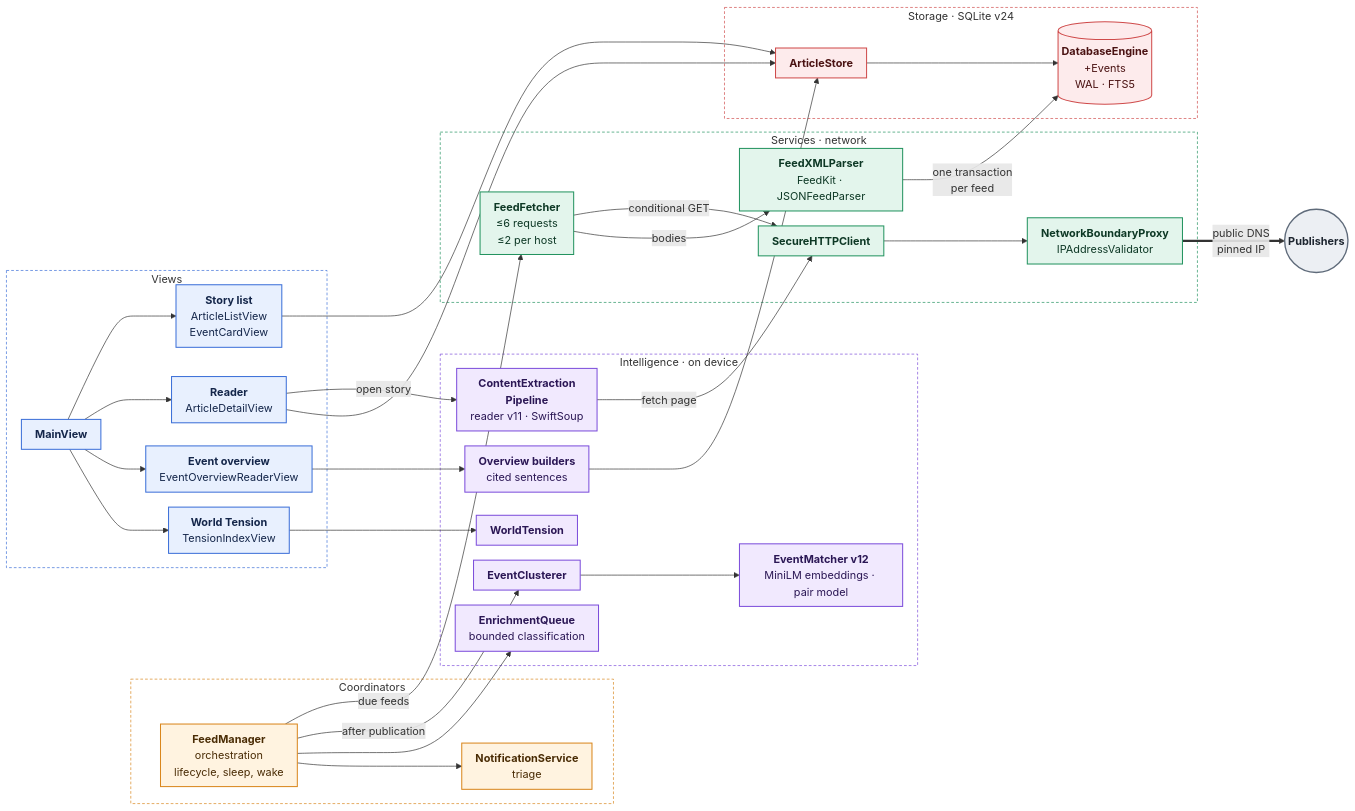
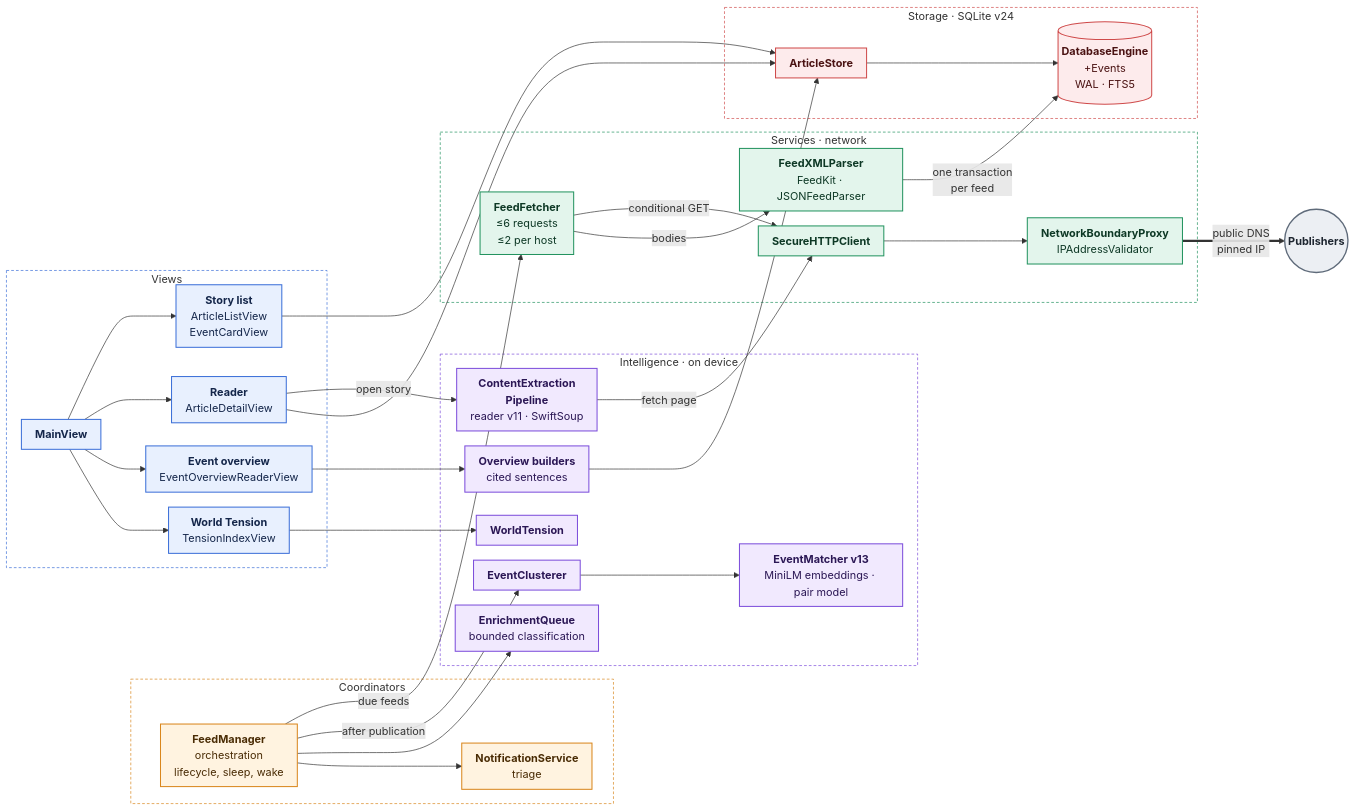
Before and after one commit to marspater/NewsApp-macOS: the first of 3 diagrams in docs/ARCHITECTURE.md, drawn with Mermaid. The commit also changed other lines of this file and 6 other files, not shown here.

````diff
--- a/docs/ARCHITECTURE.md
+++ b/docs/ARCHITECTURE.md
@@ -22,75 +22,75 @@
 ```mermaid
 %%{init: {"flowchart": {"curve": "basis", "nodeSpacing": 22, "rankSpacing": 44, "padding": 10}}}%%
 flowchart LR
     subgraph Coord["Coordinators"]
         FM["<b>FeedManager</b><br/>orchestration<br/>lifecycle, sleep, wake"]
         NS["<b>NotificationService</b><br/>triage"]
     end
 
     subgraph UI["Views"]
         Main["<b>MainView</b>"]
         List["<b>Story list</b><br/>ArticleListView<br/>EventCardView"]
         Reader["<b>Reader</b><br/>ArticleDetailView"]
         Overview["<b>Event overview</b><br/>EventOverviewReaderView"]
         Tension["<b>World Tension</b><br/>TensionIndexView"]
     end
 
     subgraph Intel["Intelligence · on device"]
         EQ["<b>EnrichmentQueue</b><br/>bounded classification"]
         EC["<b>EventClusterer</b>"]
-        EM["<b>EventMatcher v12</b><br/>MiniLM embeddings · pair model"]
+        EM["<b>EventMatcher v13</b><br/>MiniLM embeddings · pair model"]
         CEP["<b>ContentExtraction<br/>Pipeline</b><br/>reader v11 · SwiftSoup"]
         OV["<b>Overview builders</b><br/>cited sentences"]
         WT["<b>WorldTension</b>"]
     end
 
     subgraph Svc["Services · network"]
         FF["<b>FeedFetcher</b><br/>≤6 requests<br/>≤2 per host"]
         Parse["<b>FeedXMLParser</b><br/>FeedKit · JSONFeedParser"]
         HTTP["<b>SecureHTTPClient</b>"]
         GW["<b>NetworkBoundaryProxy</b><br/>IPAddressValidator"]
     end
 
     subgraph Store["Storage · SQLite v24"]
         AS["<b>ArticleStore</b>"]
         DB[("<b>DatabaseEngine</b><br/>+Events<br/>WAL · FTS5")]
     end
 
     Net(("<b>Publishers</b>"))
 
     FM -->|due feeds| FF
     FM -->|after publication| EC
     FM --> EQ & NS
     EC --> EM
     FF -->|conditional GET| HTTP
     FF -->|bodies| Parse
     Parse -->|one transaction<br/>per feed| DB
     Main --> List & Reader & Overview & Tension
     Reader -->|open story| CEP
     CEP -->|fetch page| HTTP
     HTTP --> GW
     GW ==>|public DNS<br/>pinned IP| Net
     Overview --> OV
     OV --> AS
     List & Reader --> AS
     AS --> DB
     Tension --> WT
 
     classDef ui fill:#E8F0FE,stroke:#3B6FD8,stroke-width:1.5px,color:#14264A
     classDef coord fill:#FFF3E0,stroke:#D9861C,stroke-width:1.5px,color:#4A2C05
     classDef intel fill:#F1E9FE,stroke:#7C4DDB,stroke-width:1.5px,color:#2B1755
     classDef svc fill:#E3F5EC,stroke:#23935F,stroke-width:1.5px,color:#0D3825
     classDef store fill:#FDEBEC,stroke:#CF4A4A,stroke-width:1.5px,color:#4A1212
     classDef ext fill:#ECEFF3,stroke:#5F6B7A,stroke-width:2px,color:#1E2630
     class Main,List,Reader,Overview,Tension ui
     class FM,NS coord
     class CEP,EQ,EC,EM,OV,WT intel
     class FF,Parse,HTTP,GW svc
     class AS,DB store
     class Net ext
     style UI fill:none,stroke:#3B6FD8,stroke-dasharray:4 3
     style Coord fill:none,stroke:#D9861C,stroke-dasharray:4 3
     style Intel fill:none,stroke:#7C4DDB,stroke-dasharray:4 3
     style Svc fill:none,stroke:#23935F,stroke-dasharray:4 3
     style Store fill:none,stroke:#CF4A4A,stroke-dasharray:4 3
 ```
````
